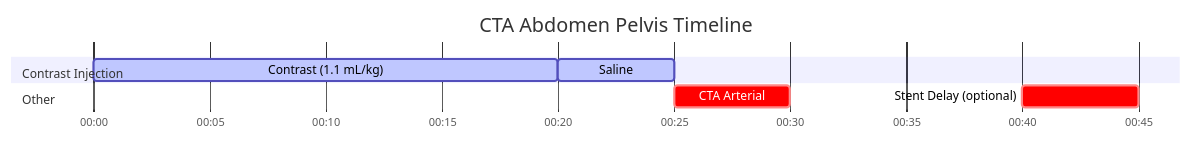
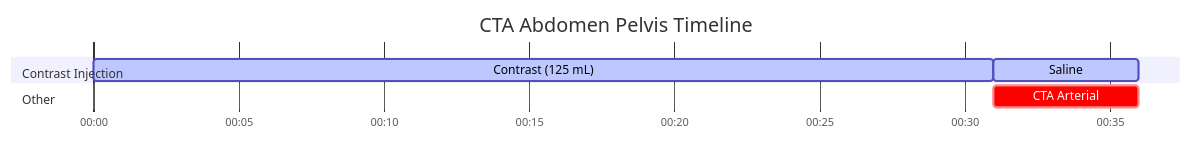
The diagram in docs/ct/vascular/cta-abdomen-pelvis.md (dfergs93/radiology-protocols), drawn with Mermaid before and after one commit. The commit also changed other lines of this file and 85 other files, not shown here.

Commit message:
Regenerate protocol markdown files with acquisition-diagram placeholder

````diff
--- a/docs/ct/vascular/cta-abdomen-pelvis.md
+++ b/docs/ct/vascular/cta-abdomen-pelvis.md
@@ -89,19 +86,18 @@
   ```mermaid
   ---
   displayMode: compact
   config:
     theme: default
     themeCSS: " #Saline{ fill: #4ed5ff; stroke: #2094f3; } "
   ---
     gantt
       title CTA Abdomen Pelvis Timeline
       dateFormat mm:ss
       axisFormat %M:%S 
       
       section Contrast Injection
-      Contrast (1.1 mL/kg)    :active, contrast, 00:00, 20s
+      Contrast (125 mL)    :active, contrast, 00:00, 31s
       Saline          :active, saline, after contrast, 5s
       section Other
-      CTA Arterial    :crit, scan1, after saline, 5s
-      Stent Delay (optional)    :crit, scan2, 00:40, 5s
+      CTA Arterial    :crit, scan1, after contrast, 5s
   ```
````
